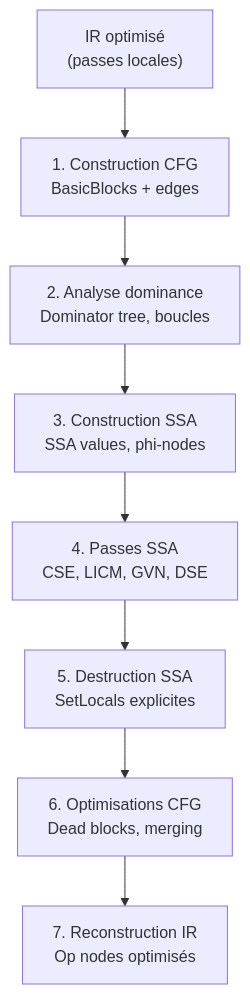
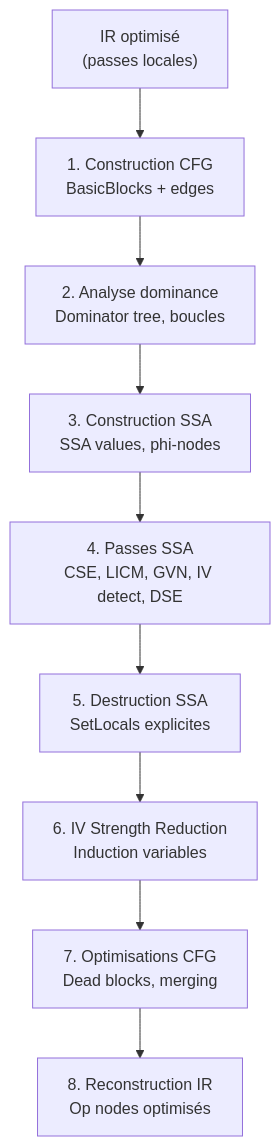
Before and after one commit to aristofor/catnip: the second of 4 diagrams in docs/dev/ARCHITECTURE.md, drawn with Mermaid. The commit also changed other lines of this file and 729 other files, not shown here.

````diff
--- a/docs/dev/ARCHITECTURE.md
+++ b/docs/dev/ARCHITECTURE.md
@@ -119,11 +130,12 @@
 ```mermaid
 flowchart TD
     IR["IR optimisé<br/>(passes locales)"]
     IR --> CFG["1. Construction CFG<br/>BasicBlocks + edges"]
     CFG --> DOM["2. Analyse dominance<br/>Dominator tree, boucles"]
     DOM --> SSA["3. Construction SSA<br/>SSA values, phi-nodes"]
-    SSA --> PASSES["4. Passes SSA<br/>CSE, LICM, GVN, DSE"]
+    SSA --> PASSES["4. Passes SSA<br/>CSE, LICM, GVN, IV detect, DSE"]
     PASSES --> DESTR["5. Destruction SSA<br/>SetLocals explicites"]
-    DESTR --> OPT["6. Optimisations CFG<br/>Dead blocks, merging"]
-    OPT --> RECON["7. Reconstruction IR<br/>Op nodes optimisés"]
+    DESTR --> IVSR["6. IV Strength Reduction<br/>Induction variables"]
+    IVSR --> OPT["7. Optimisations CFG<br/>Dead blocks, merging"]
+    OPT --> RECON["8. Reconstruction IR<br/>Op nodes optimisés"]
 ```
````
